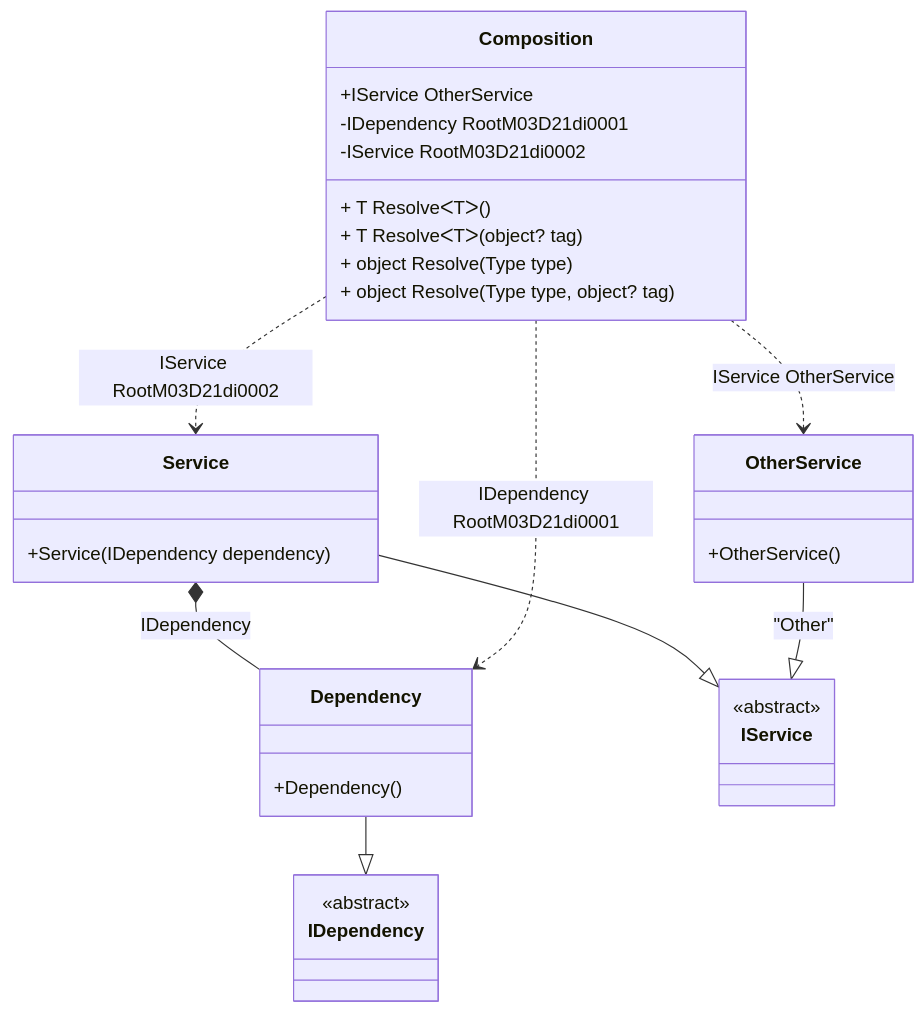
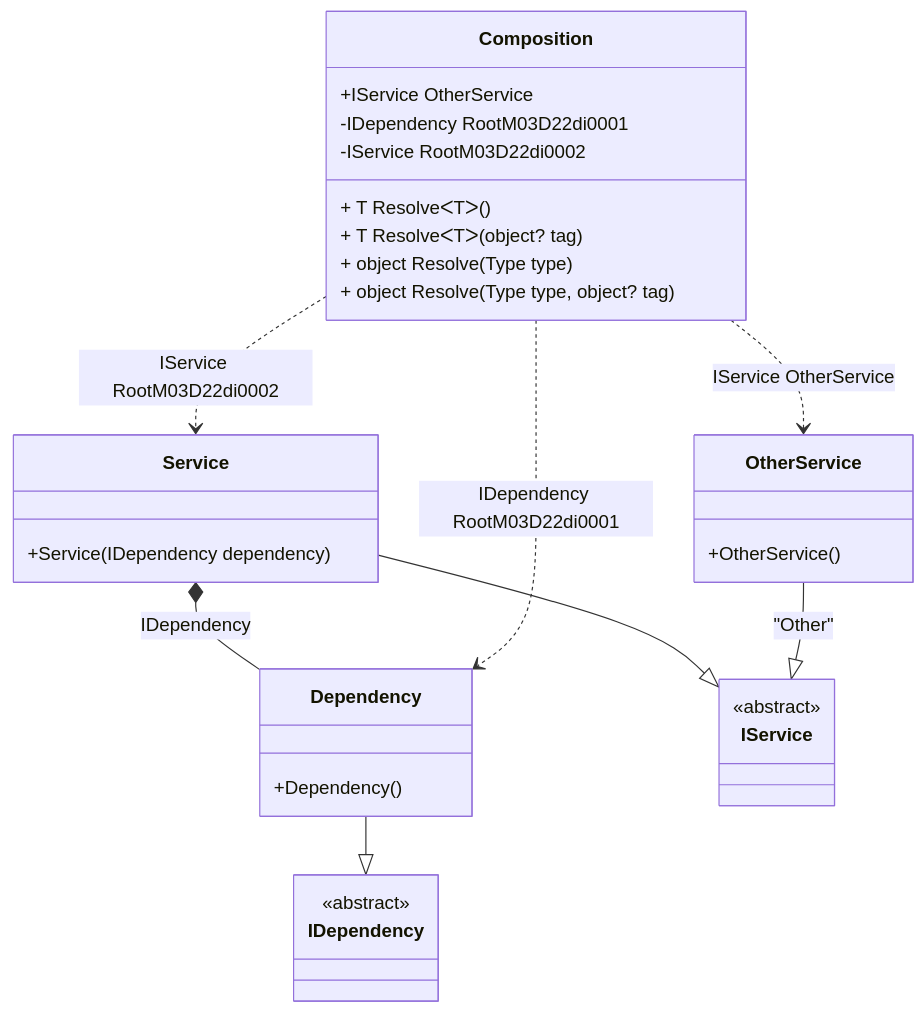
One commit to DevTeam/Pure.DI changed the diagram in readme/resolve-methods.md. Above: the diagram before and after it, drawn with Mermaid. The commit also changed other lines of this file and 78 other files, not shown here.

````diff
--- a/readme/resolve-methods.md
+++ b/readme/resolve-methods.md
@@ -45,34 +45,34 @@
 ```mermaid
 classDiagram
   class Composition {
     +IService OtherService
-    -IDependency RootM03D21di0001
-    -IService RootM03D21di0002
+    -IDependency RootM03D22di0001
+    -IService RootM03D22di0002
     + T ResolveᐸTᐳ()
     + T ResolveᐸTᐳ(object? tag)
     + object Resolve(Type type)
     + object Resolve(Type type, object? tag)
   }
   Dependency --|> IDependency : 
   class Dependency {
     +Dependency()
   }
   Service --|> IService : 
   class Service {
     +Service(IDependency dependency)
   }
   OtherService --|> IService : "Other" 
   class OtherService {
     +OtherService()
   }
   class IDependency {
     <<abstract>>
   }
   class IService {
     <<abstract>>
   }
   Service *--  Dependency : IDependency
-  Composition ..> Dependency : IDependency RootM03D21di0001
-  Composition ..> Service : IService RootM03D21di0002
+  Composition ..> Dependency : IDependency RootM03D22di0001
+  Composition ..> Service : IService RootM03D22di0002
   Composition ..> OtherService : IService OtherService
 ```
````
